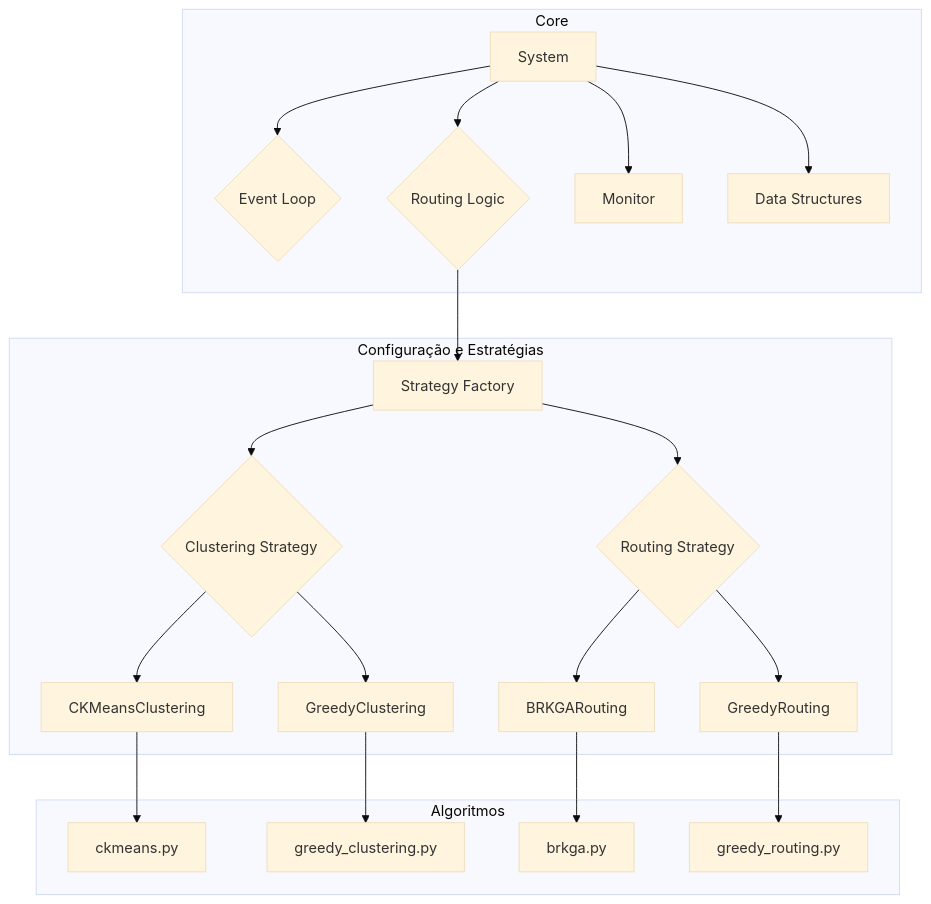
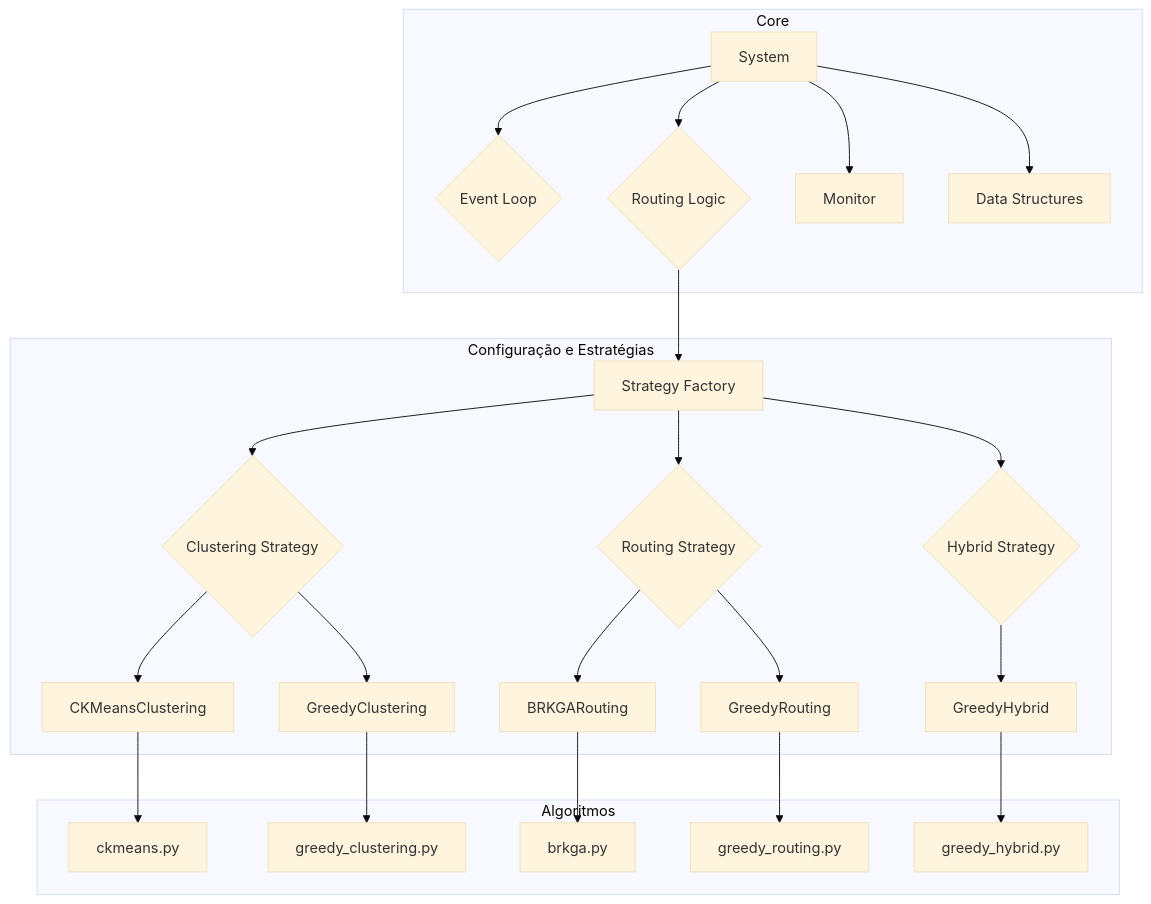
The diagram in README.md (ruancorrea/real-time-mrdp), drawn with Mermaid (base theme) before and after one commit. The commit also changed other lines of this file and 7 other files, not shown here.

````diff
--- a/README.md
+++ b/README.md
@@ -15,30 +15,33 @@
 ```mermaid
 graph TD
     A[System] --> B{Event Loop};
     A --> C{Routing Logic};
     C --> D[Strategy Factory];
     D --> E{Clustering Strategy};
     D --> F{Routing Strategy};
+    D --> G{Hybrid Strategy};
     E --> E1[CKMeansClustering];
     E --> E2[GreedyClustering];
     F --> F1[BRKGARouting];
     F --> F2[GreedyRouting];
-    E1 --> G[ckmeans.py];
-    E2 --> H[greedy_clustering.py];
-    F1 --> I[brkga.py];
-    F2 --> J[greedy_routing.py];
-    A --> K[Monitor];
-    A --> L[Data Structures];
+    G --> G1[GreedyHybrid];
+    E1 --> H[ckmeans.py];
+    E2 --> I[greedy_clustering.py];
+    F1 --> J[brkga.py];
+    F2 --> K[greedy_routing.py];
+    G1 --> L[greedy_hybrid.py];
+    A --> M[Monitor];
+    A --> N[Data Structures];
 
     subgraph "Algoritmos"
-        G; H; I; J;
+        H; I; J; K; L;
     end
 
     subgraph "Configuração e Estratégias"
-        D; E; F; E1; E2; F1; F2;
+        D; E; F; G; E1; E2; F1; F2; G1;
     end
 
     subgraph "Core"
-        A; B; C; K; L;
+        A; B; C; M; N;
     end
 ```
````
